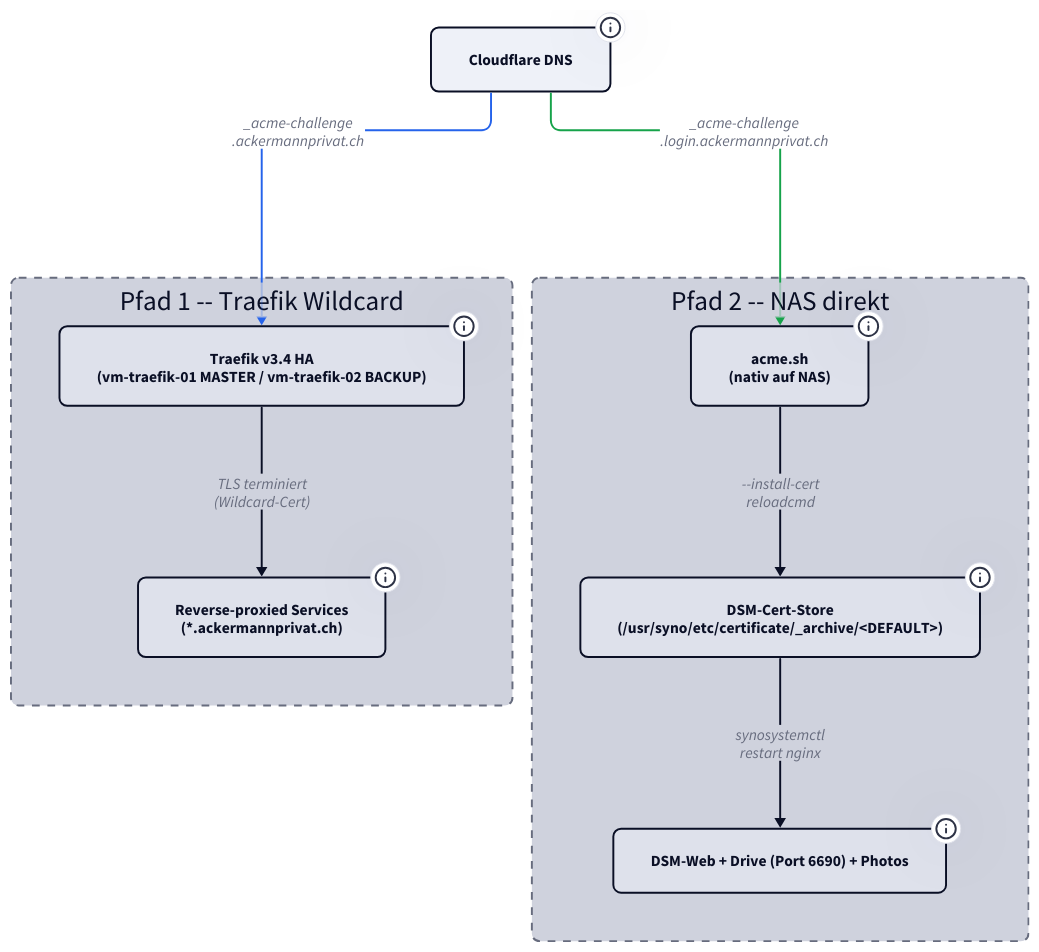
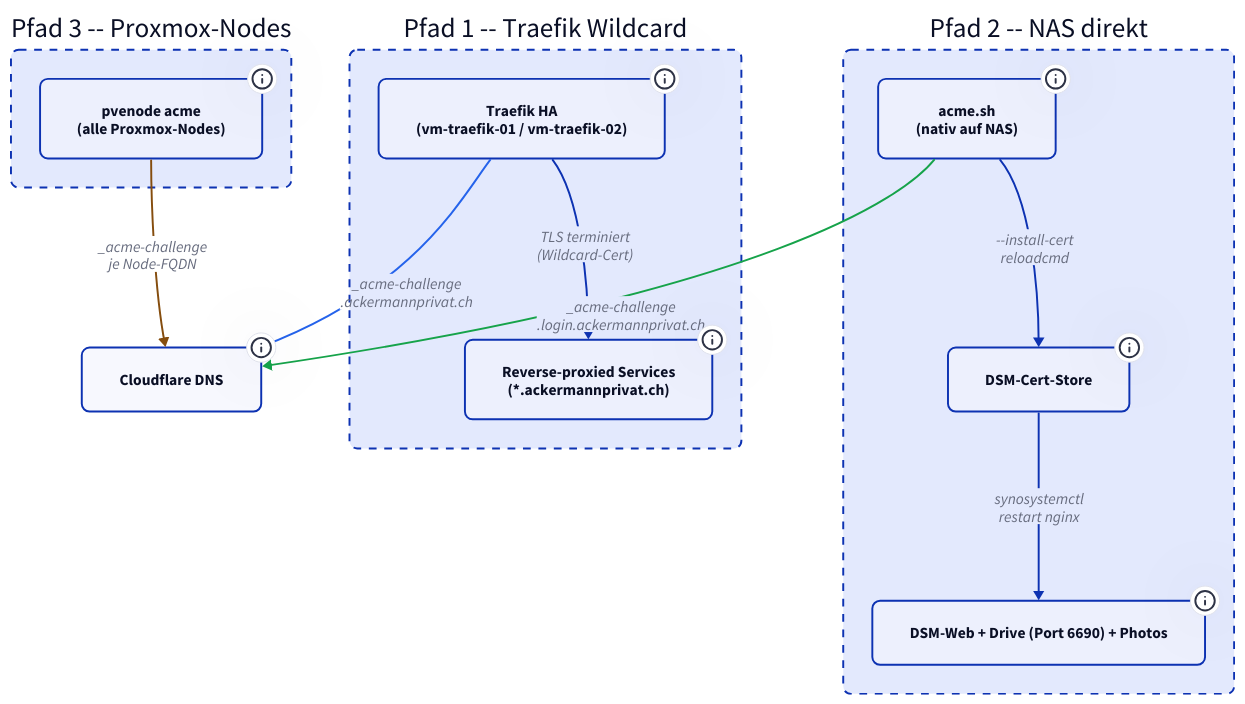
One commit to derever-labs/homelab-wiki changed the diagram in docs/_referenz/tls-zertifikate.md. Above: the diagram before and after it, drawn with D2. The commit also changed other lines of this file and 8 other files, not shown here.

First line of the commit message:
Diagramme fuer TALA ueberarbeiten (Batch B7) (#103)

````diff
--- a/docs/_referenz/tls-zertifikate.md
+++ b/docs/_referenz/tls-zertifikate.md
@@ -28,60 +30,65 @@
 ```d2
-vars: {
-  d2-config: {
-    theme-id: 1
-    layout-engine: elk
-  }
-}
-
 direction: down
 
 classes: {
   node: { style: { border-radius: 8 } }
   container: { style: { border-radius: 8; stroke-dash: 4 } }
 }
 
 CF: Cloudflare DNS {
   class: node
-  tooltip: "Zone ackermannprivat.ch | DNS-01 ACME-Validierung"
+  tooltip: "Zone ackermannprivat.ch, DNS-01-ACME-Validierung via TXT-Records"
 }
 
 path1: Pfad 1 -- Traefik Wildcard {
   class: container
 
-  Traefik: "Traefik v3.4 HA\n(vm-traefik-01 MASTER / vm-traefik-02 BACKUP)" {
+  Traefik: "Traefik HA\n(vm-traefik-01 / vm-traefik-02)" {
     class: node
-    tooltip: "10.0.2.21 / 10.0.2.22 | VIP 10.0.2.20 | certificatesResolvers Cloudflare DNS-01, EC256 | acme.json lokal"
+    tooltip: "certificatesResolvers Cloudflare DNS-01, EC256. acme.json lokal je VM"
   }
   Services: "Reverse-proxied Services\n(*.ackermannprivat.ch)" {
     class: node
     tooltip: "Alle Homelab-Services hinter Traefik -- TLS-Terminierung zentral"
   }
   Traefik -> Services: "TLS terminiert\n(Wildcard-Cert)"
 }
 
 path2: Pfad 2 -- NAS direkt {
   class: container
 
   AcmeSH: "acme.sh\n(nativ auf NAS)" {
     class: node
-    tooltip: "/usr/local/share/acme.sh | --nocron | crontab Mittwoch 04:00"
+    tooltip: "/usr/local/share/acme.sh, installiert mit --nocron, crontab Mittwoch 04:00"
   }
-  DSMStore: "DSM-Cert-Store\n(/usr/syno/etc/certificate/_archive/<DEFAULT>)" {
+  DSMStore: "DSM-Cert-Store" {
     class: node
-    tooltip: "reloadcmd-Script kopiert Cert in alle System- und Paket-Dienst-Stores + nginx-Reload"
+    tooltip: "reloadcmd-Script kopiert das Cert in alle System- und Paket-Dienst-Stores und lädt nginx neu"
   }
   DSMServices: "DSM-Web + Drive (Port 6690) + Photos" {
     class: node
     tooltip: "DSM terminiert TLS direkt auf allen Ports -- kein Proxy dazwischen"
   }
   AcmeSH -> DSMStore: "--install-cert\nreloadcmd"
   DSMStore -> DSMServices: "synosystemctl\nrestart nginx"
 }
 
-CF -> path1.Traefik: "_acme-challenge\n.ackermannprivat.ch" {
+path3: Pfad 3 -- Proxmox-Nodes {
+  class: container
+
+  PVE: "pvenode acme\n(alle Proxmox-Nodes)" {
+    class: node
+    tooltip: "Eingebauter ACME-Client, Cert je Node-FQDN, automatische Erneuerung"
+  }
+}
+
+path1.Traefik -> CF: "_acme-challenge\n.ackermannprivat.ch" {
   style.stroke: "#2563eb"
 }
-CF -> path2.AcmeSH: "_acme-challenge\n.login.ackermannprivat.ch" {
+path2.AcmeSH -> CF: "_acme-challenge\n.login.ackermannprivat.ch" {
   style.stroke: "#16a34a"
 }
+path3.PVE -> CF: "_acme-challenge\nje Node-FQDN" {
+  style.stroke: "#854d0e"
+}
 ```
````
